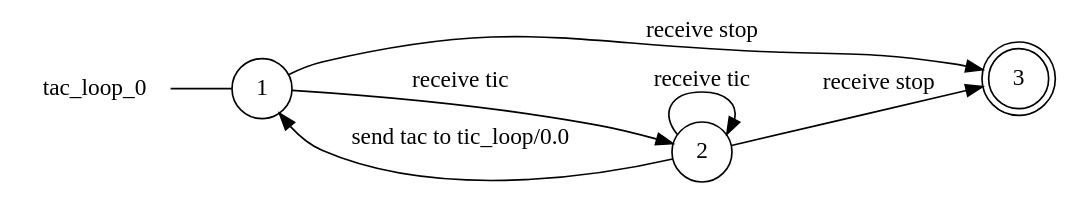
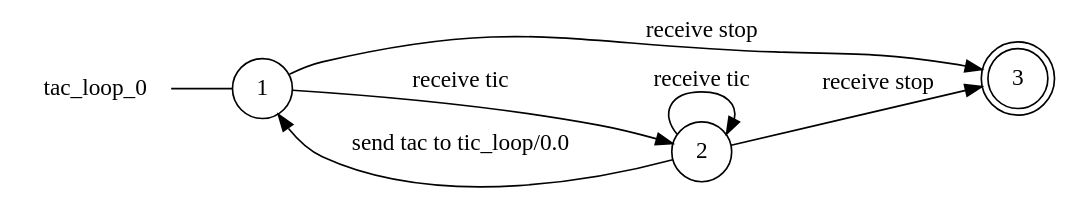
The diagram in examples/ticktackstop/tac_loop_0_local_view.dot (gabrielegenovese/chorer), drawn with Graphviz before and after one commit. The commit also changed other lines of this file and 68 other files, not shown here.

```diff
--- a/examples/ticktackstop/tac_loop_0_local_view.dot
+++ b/examples/ticktackstop/tac_loop_0_local_view.dot
@@ -1,14 +1,14 @@
 digraph tac_loop_0 {
 	rankdir="LR";
 	n_0 [label="tac_loop_0", shape="plaintext"];
 	n_1 [id="1", shape=circle, label="1"];
 	n_0 -> n_1 [arrowhead=none];
 	n_2 [id="4", shape=doublecircle, label="3"];
 	n_3 [id="3", shape=circle, label="2"];
 
+	n_1 -> n_3 [id="[$e|6]", label="receive tic"];
+	n_3 -> n_3 [id="[$e|5]", label="receive tic"];
 	n_3 -> n_1 [id="[$e|7]", label="send tac to tic_loop/0.0"];
+	n_3 -> n_2 [id="[$e|1]", label="receive stop"];
 	n_1 -> n_2 [id="[$e|3]", label="receive stop"];
-	n_3 -> n_3 [id="[$e|5]", label="receive tic"];
-	n_1 -> n_3 [id="[$e|6]", label="receive tic"];
-	n_3 -> n_2 [id="[$e|1]", label="receive stop"];
 }
```
